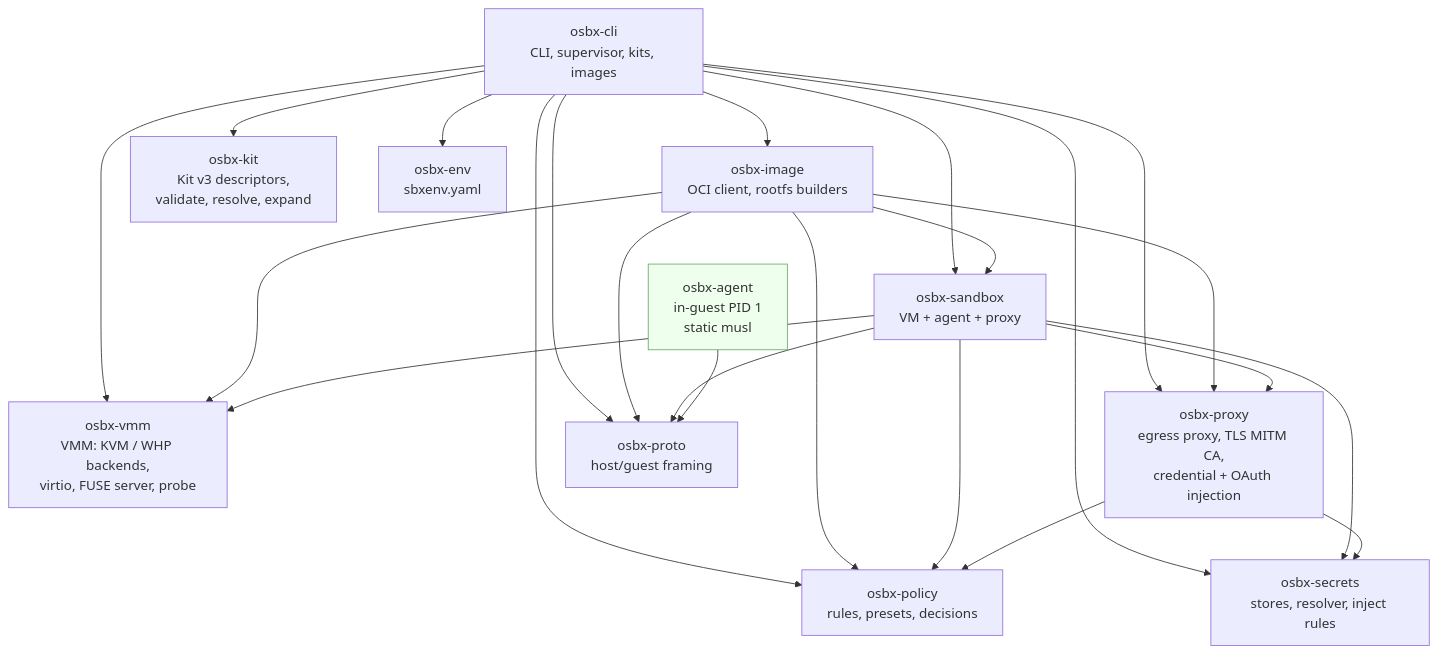
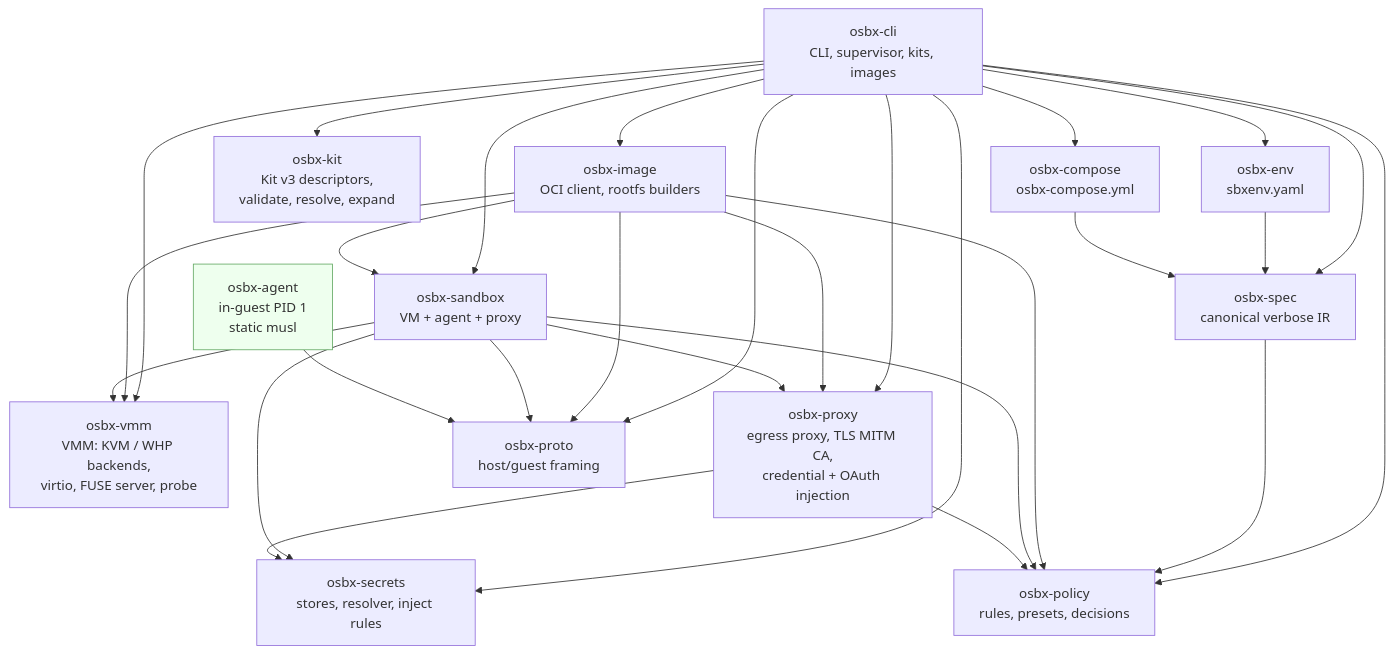
One commit to lazarnerd/osbx changed the second of 17 diagrams in docs/ARCHITECTURE.md. Above: the diagram before and after it, drawn with Mermaid. The commit also changed 16 other files, not shown here.

Commit message:
Add osbx-compose crate, shared osbx-spec IR, and osbx compose CLI

````diff
--- a/docs/ARCHITECTURE.md
+++ b/docs/ARCHITECTURE.md
@@ -38,23 +38,27 @@
 ```mermaid
 flowchart TD
     cli["osbx-cli<br/>CLI, supervisor, kits, images"]
     sandbox["osbx-sandbox<br/>VM + agent + proxy"]
     image["osbx-image<br/>OCI client, rootfs builders"]
     vmm["osbx-vmm<br/>VMM: KVM / WHP backends,<br/>virtio, FUSE server, probe"]
     proxy["osbx-proxy<br/>egress proxy, TLS MITM CA,<br/>credential + OAuth injection"]
     policy["osbx-policy<br/>rules, presets, decisions"]
     secrets["osbx-secrets<br/>stores, resolver, inject rules"]
     kit["osbx-kit<br/>Kit v3 descriptors,<br/>validate, resolve, expand"]
     env["osbx-env<br/>sbxenv.yaml"]
+    compose["osbx-compose<br/>osbx-compose.yml"]
+    spec["osbx-spec<br/>canonical verbose IR"]
     proto["osbx-proto<br/>host/guest framing"]
     agent["osbx-agent<br/>in-guest PID 1<br/>static musl"]
 
-    cli --> sandbox & image & kit & env & proxy & secrets & policy & vmm & proto
+    cli --> sandbox & image & kit & env & compose & spec & proxy & secrets & policy & vmm & proto
+    env & compose --> spec
+    spec --> policy
     image --> sandbox & vmm & proto & policy & proxy
     sandbox --> vmm & proxy & policy & secrets & proto
     proxy --> policy & secrets
     agent --> proto
 
     classDef guest fill:#efe,stroke:#6a6
     class agent guest
 ```
````
